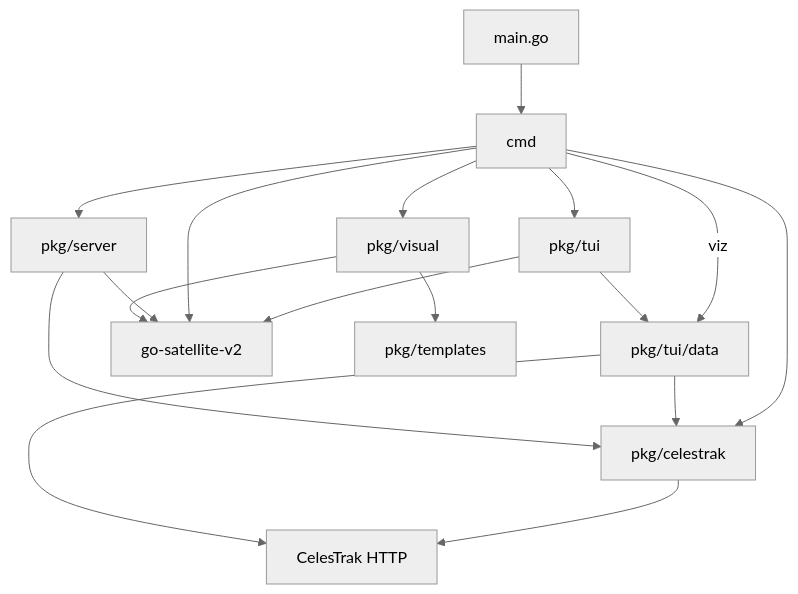
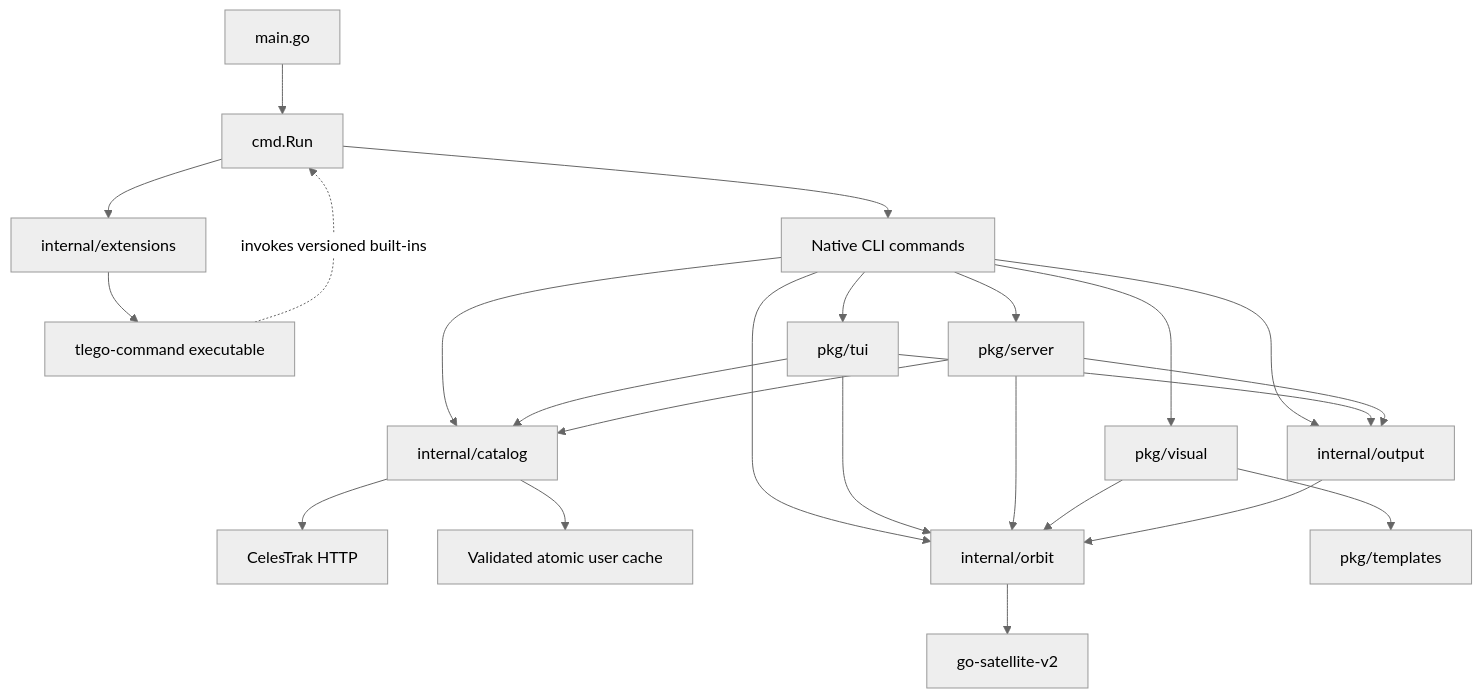
One commit to Mohammed-Ashour/tlego changed the diagram in ARCHITECTURE.md. Above: the diagram before and after it, drawn with Mermaid (neutral theme). The commit also changed other lines of this file and 80 other files, not shown here.

First line of the commit message:
Extract shared core and add executable extensions (#35)

````diff
--- a/ARCHITECTURE.md
+++ b/ARCHITECTURE.md
@@ -17,19 +19,26 @@
 ```mermaid
 flowchart TD
-    Main[main.go] --> Cmd[cmd]
-    Cmd --> Legacy[pkg/celestrak]
-    Cmd --> TUI[pkg/tui]
-    Cmd --> Server[pkg/server]
-    Cmd --> Visual[pkg/visual]
-    Cmd -->|viz| Store
-    TUI --> Store[pkg/tui/data]
-    Store --> Legacy
-    Server --> Legacy
-    Legacy --> Provider[CelesTrak HTTP]
-    Store --> Provider
-    TUI --> Orbit[go-satellite-v2]
-    Cmd --> Orbit
-    Server --> Orbit
+    Main[main.go] --> Run[cmd.Run]
+    Run --> CLI[Native CLI commands]
+    Run --> Extensions[internal/extensions]
+    Extensions --> External[tlego-command executable]
+    CLI --> TUI[pkg/tui]
+    CLI --> HTTP[pkg/server]
+    CLI --> Visual[pkg/visual]
+    CLI --> Catalog[internal/catalog]
+    TUI --> Catalog
+    HTTP --> Catalog
+    Catalog --> Provider[CelesTrak HTTP]
+    Catalog --> Cache[Validated atomic user cache]
+    CLI --> Orbit[internal/orbit]
+    TUI --> Orbit
+    HTTP --> Orbit
     Visual --> Orbit
+    Orbit --> SGP4[go-satellite-v2]
+    CLI --> Output[internal/output]
+    TUI --> Output
+    HTTP --> Output
+    Output --> Orbit
     Visual --> Templates[pkg/templates]
+    External -. invokes versioned built-ins .-> Run
 ```
````
